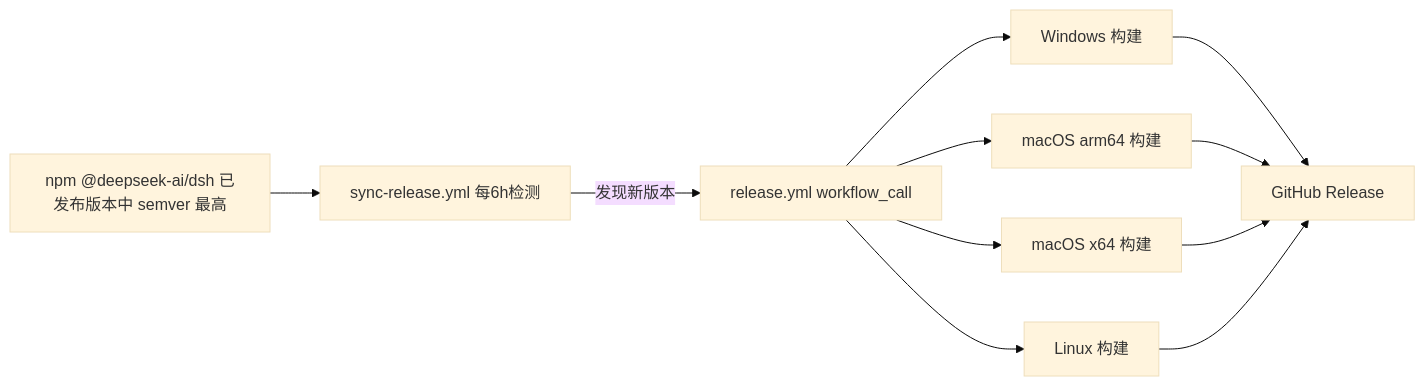
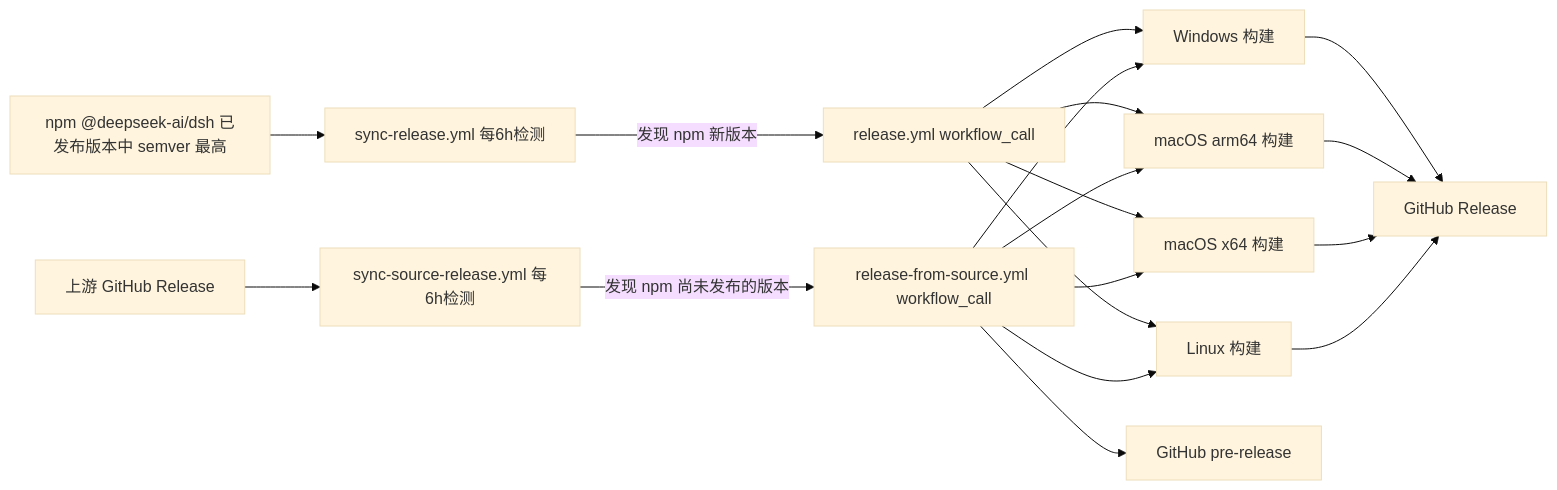
The diagram in README.zh.md (ArtisanMinds/WanglabHarnessPakege), drawn with Mermaid (base theme) before and after one commit. The commit also changed other lines of this file and 5 other files, not shown here.

Commit message:
feat: build GitHub-only releases from source

````diff
--- a/README.zh.md
+++ b/README.zh.md
@@ -135,13 +139,20 @@
 ```mermaid
 flowchart LR
     N[npm @deepseek-ai/dsh 已发布版本中 semver 最高] --> S[sync-release.yml 每6h检测]
-    S -->|发现新版本| R[release.yml workflow_call]
+    S -->|发现 npm 新版本| R[release.yml workflow_call]
+    U[上游 GitHub Release] --> SS[sync-source-release.yml 每6h检测]
+    SS -->|发现 npm 尚未发布的版本| SR[release-from-source.yml workflow_call]
     R --> W[Windows 构建]
+    SR --> W
     R --> M[macOS arm64 构建]
+    SR --> M
     R --> I[macOS x64 构建]
+    SR --> I
     R --> L[Linux 构建]
+    SR --> L
     W --> G[GitHub Release]
     M --> G
     I --> G
     L --> G
+    SR --> PR[GitHub pre-release]
 ```
````
